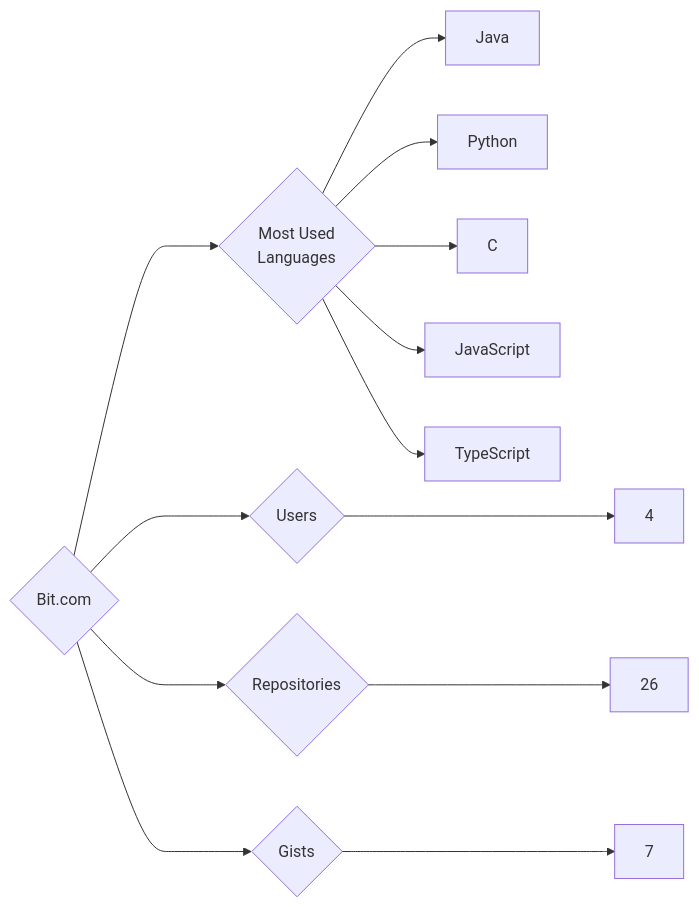
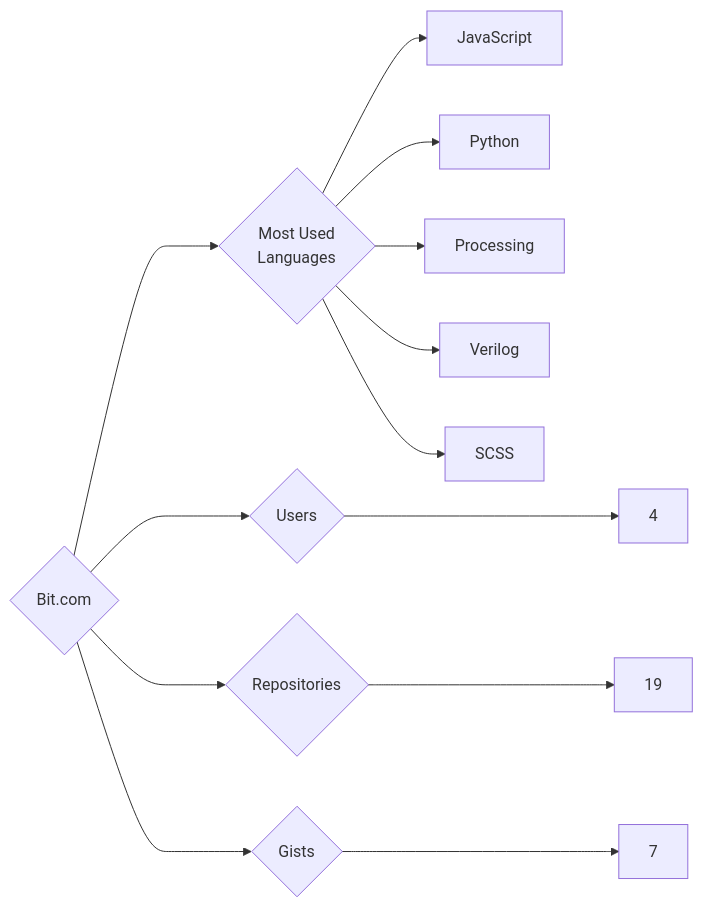
The diagram in targets/Bit.com/README.md (trickest/insiders), drawn with Mermaid before and after one commit. The commit also changed 611 other files, not shown here.

````diff
--- a/targets/Bit.com/README.md
+++ b/targets/Bit.com/README.md
@@ -3,13 +3,13 @@
 ```mermaid
 graph LR
 COMPANY_NAME{Bit.com}
 COMPANY_NAME ---> U{Users} ---> UN[4]
-COMPANY_NAME ---> R{Repositories} ---> RN[26]
+COMPANY_NAME ---> R{Repositories} ---> RN[19]
 COMPANY_NAME ---> G{Gists} ---> GN[7]
 COMPANY_NAME ---> ML{Most Used<br>Languages}
-ML --> Java[Java]
+ML --> JavaScript[JavaScript]
 ML --> Python[Python]
-ML --> C[C]
-ML --> JavaScript[JavaScript]
-ML --> TypeScript[TypeScript]
+ML --> Processing[Processing]
+ML --> Verilog[Verilog]
+ML --> SCSS[SCSS]
 ```
````
